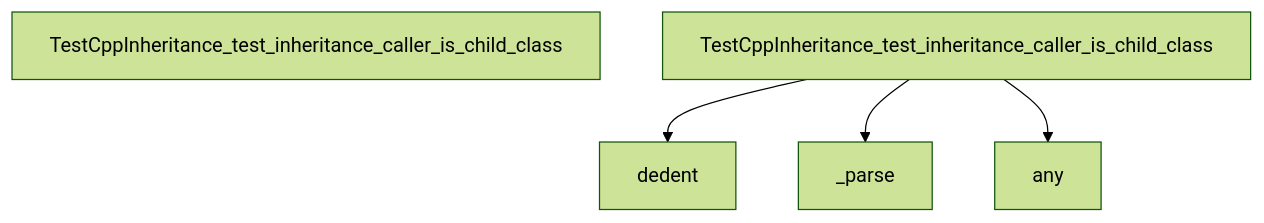
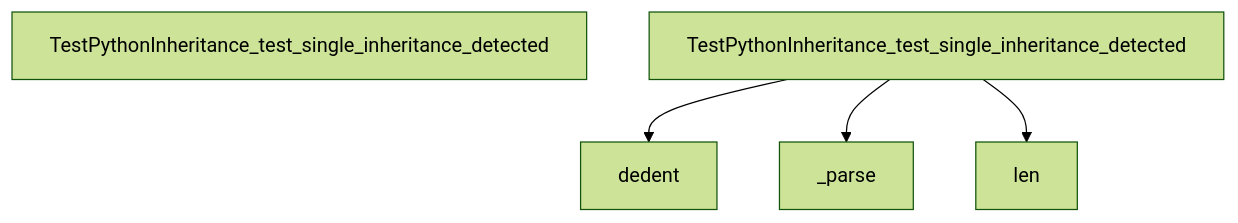
Diagram 20 of 26 in docs/DATA_FLOW.md (hazalkoom/DECODEx01), drawn with Mermaid (forest theme) before and after one commit. The commit also changed other lines of this file and 15 other files, not shown here.

Commit message:
feat: NLG phases 2-4 - API scanner, few-shot schema, and story generator

````diff
--- a/docs/DATA_FLOW.md
+++ b/docs/DATA_FLOW.md
@@ -641,17 +695,17 @@
 ```mermaid
 graph TD
-    Start[TestCppInheritance_test_inheritance_caller_is_child_class]
+    Start[TestPythonInheritance_test_single_inheritance_detected]
 
 
-    TestCppInheritance_test_inheritance_caller_is_child_class --> dedent
+    TestPythonInheritance_test_single_inheritance_detected --> dedent
 
 
 
-    TestCppInheritance_test_inheritance_caller_is_child_class --> _parse
+    TestPythonInheritance_test_single_inheritance_detected --> _parse
 
 
 
-    TestCppInheritance_test_inheritance_caller_is_child_class --> any
+    TestPythonInheritance_test_single_inheritance_detected --> len
 
 
 ```
````
